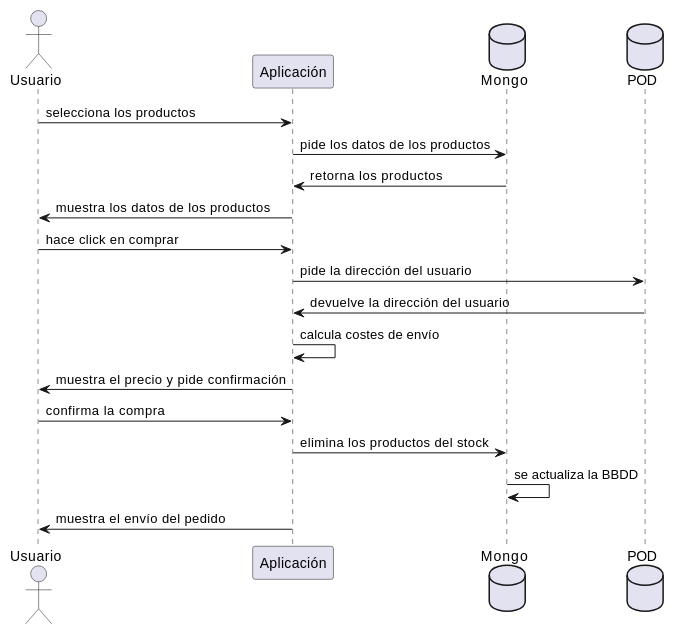
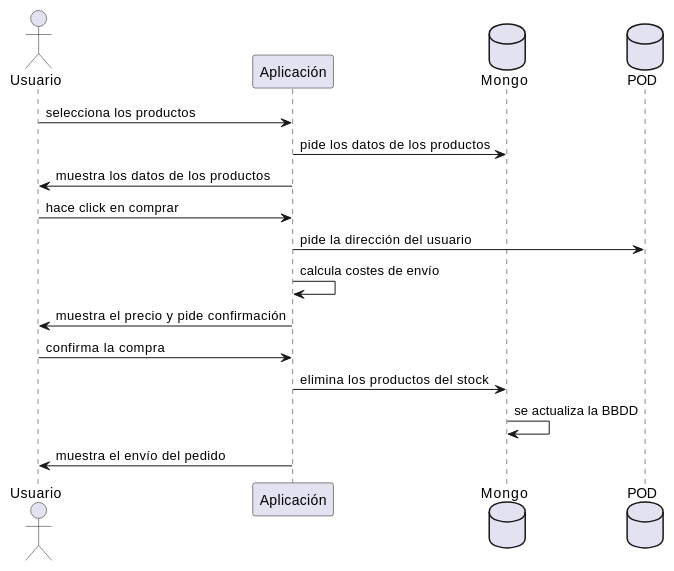
One commit to Arquisoft/dede_es5c changed the second of 2 diagrams in docs/06_runtime_view.adoc. Above: the diagram before and after it, drawn with PlantUML. The commit also changed other lines of this file and 5 other files, not shown here.

```diff
--- a/docs/06_runtime_view.adoc
+++ b/docs/06_runtime_view.adoc
@@ -27,20 +26,18 @@
 [plantuml,"Sequence diagram 2",png]
 ----
 actor Usuario
 participant Aplicación
 database Mongo
 database POD
 Usuario -> Aplicación: selecciona los productos
 Aplicación-> Mongo: pide los datos de los productos
-Mongo -> Aplicación: retorna los productos
 Aplicación-> Usuario: muestra los datos de los productos
 Usuario -> Aplicación: hace click en comprar
 Aplicación-> POD: pide la dirección del usuario
-POD -> Aplicación: devuelve la dirección del usuario
 Aplicación-> Aplicación: calcula costes de envío
 Aplicación -> Usuario: muestra el precio y pide confirmación
 Usuario -> Aplicación: confirma la compra
 Aplicación-> Mongo: elimina los productos del stock
 Mongo -> Mongo: se actualiza la BBDD
 Aplicación -> Usuario: muestra el envío del pedido
 ----
```
